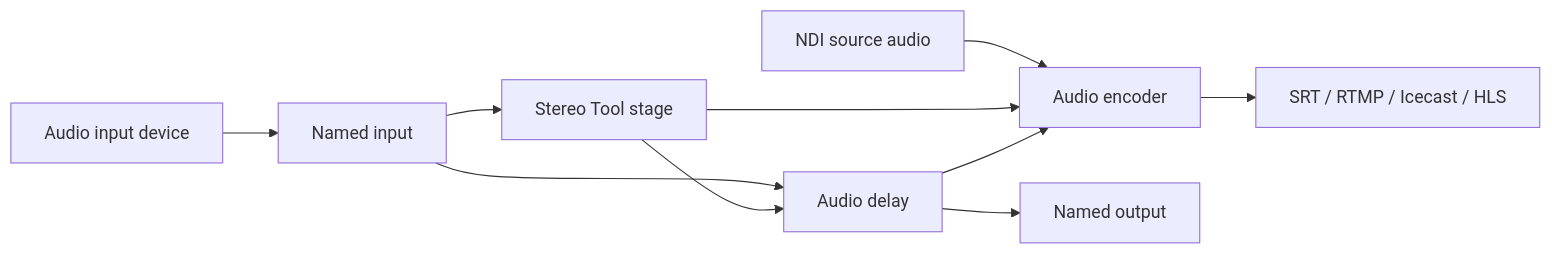
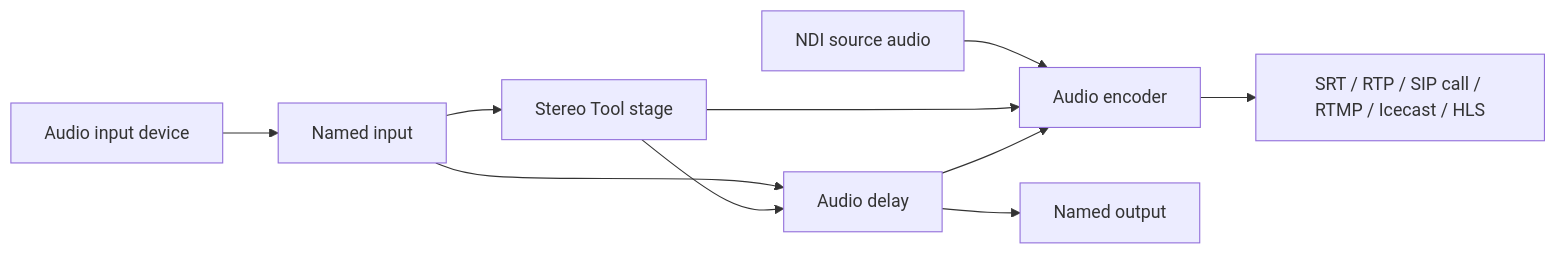
One commit to cloudcastsystemsau/airlock-ndi2srt-manual changed the fifth of 11 diagrams in docs/start/signal-flow.md. Above: the diagram before and after it, drawn with Mermaid. The commit also changed 17 other files, not shown here.

````diff
--- a/docs/start/signal-flow.md
+++ b/docs/start/signal-flow.md
@@ -98,12 +98,12 @@
 ```mermaid
 flowchart LR
   DEV[Audio input device] --> REG[Named input]
   NDIA[NDI source audio] --> ENC
   REG --> ST[Stereo Tool stage]
   REG --> DLY[Audio delay]
   ST --> DLY
   ST --> ENC[Audio encoder]
   DLY --> OUTP[Named output]
   DLY --> ENC
-  ENC --> TX[SRT / RTMP / Icecast / HLS]
+  ENC --> TX[SRT / RTP / SIP call / RTMP / Icecast / HLS]
 ```
````
